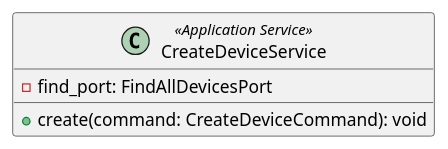
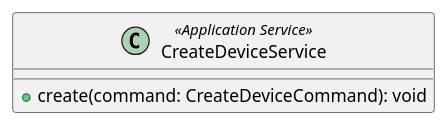
The diagram in src/PB/DocumentazioneEsterna/Specifica_Tecnica/content/uml/puml/Diagrammi_classi/Backend/ApplicationServices/CreateDeviceService.puml (GroupRubberDuck/Documentazione), drawn with PlantUML before and after one commit. The commit also changed 74 other files, not shown here.

Commit message:
Feat: applicate correzioni a tutti i diagrammi con le indicazioni di Cardin, riordino cartella

```diff
--- a/src/PB/DocumentazioneEsterna/Specifica_Tecnica/content/uml/puml/Diagrammi_classi/Backend/ApplicationServices/CreateDeviceService.puml
+++ b/src/PB/DocumentazioneEsterna/Specifica_Tecnica/content/uml/puml/Diagrammi_classi/Backend/ApplicationServices/CreateDeviceService.puml
@@ -1,8 +1,7 @@
 @startuml CreateDeviceService
 
 class CreateDeviceService <<Application Service>> {
-    - find_port: FindAllDevicesPort
     + create(command: CreateDeviceCommand): void
 }
 
 @enduml
```
